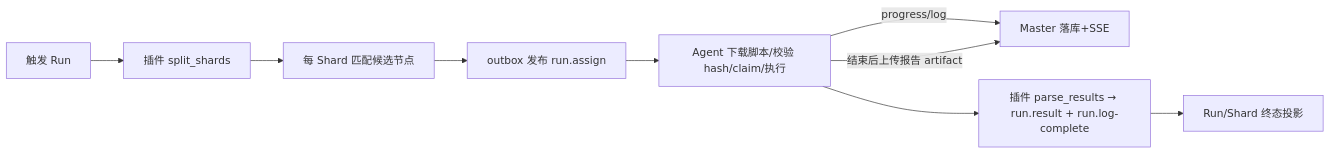
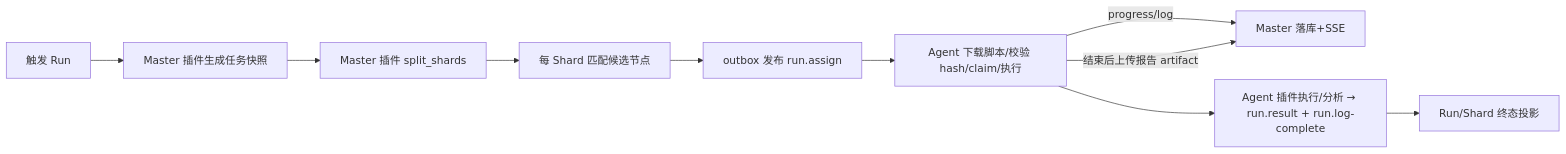
One commit to fshoocn/aetp changed the ninth of 9 diagrams in 汽车电子测试平台开发文档.md. Above: the diagram before and after it, drawn with Mermaid. The commit also changed other lines of this file, not shown here.

First line of the commit message:
文档(插件): 明确 Master 与 Agent 插件职责

````diff
--- a/汽车电子测试平台开发文档.md
+++ b/汽车电子测试平台开发文档.md
@@ -2450,11 +2469,12 @@
 ```mermaid
 flowchart LR
-    TRIGGER[触发 Run] --> SPLIT[插件 split_shards]
+    TRIGGER[触发 Run] --> BUILD[Master 插件生成任务快照]
+    BUILD --> SPLIT[Master 插件 split_shards]
     SPLIT --> MATCH[每 Shard 匹配候选节点]
     MATCH --> OUTBOX[outbox 发布 run.assign]
     OUTBOX --> AGENT[Agent 下载脚本/校验 hash/claim/执行]
     AGENT -->|progress/log| MASTER[Master 落库+SSE]
     AGENT -->|结束后上传报告 artifact| MASTER
-    AGENT --> RESULT[插件 parse_results → run.result + run.log-complete]
+    AGENT --> RESULT[Agent 插件执行/分析 → run.result + run.log-complete]
     RESULT --> PROJECT[Run/Shard 终态投影]
 ```
````
